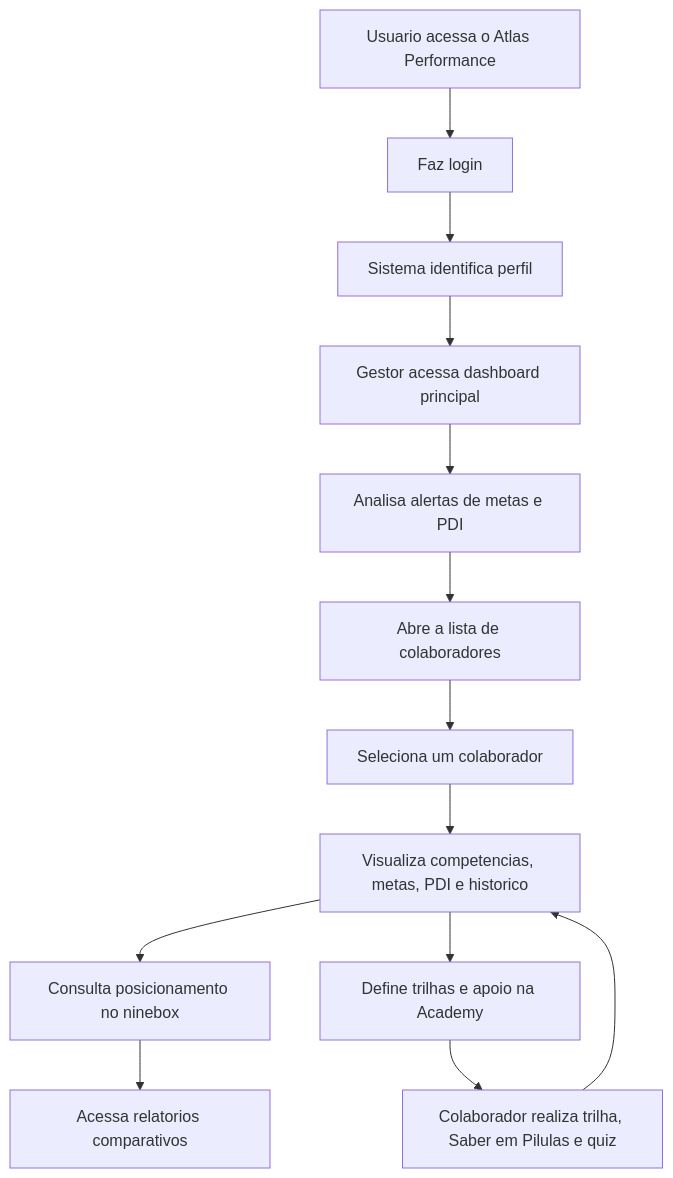
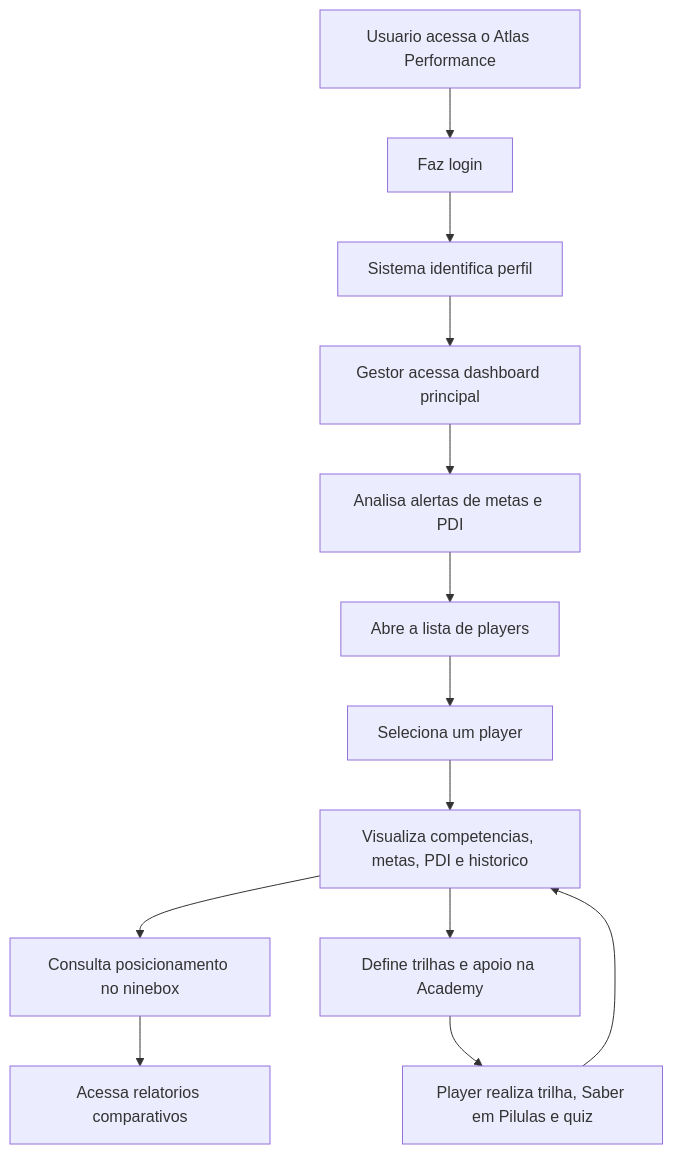
The diagram in .trae/documents/prd-atlas-performance.md (andrelssouza/gestao-desempenho), drawn with Mermaid before and after one commit. The commit also changed other lines of this file and 4 other files, not shown here.

````diff
--- a/.trae/documents/prd-atlas-performance.md
+++ b/.trae/documents/prd-atlas-performance.md
@@ -47,15 +47,15 @@
 ```mermaid
 flowchart TD
     A["Usuario acessa o Atlas Performance"] --> B["Faz login"]
     B --> C["Sistema identifica perfil"]
     C --> D["Gestor acessa dashboard principal"]
     D --> E["Analisa alertas de metas e PDI"]
-    E --> F["Abre a lista de colaboradores"]
-    F --> G["Seleciona um colaborador"]
+    E --> F["Abre a lista de players"]
+    F --> G["Seleciona um player"]
     G --> H["Visualiza competencias, metas, PDI e historico"]
     H --> I["Consulta posicionamento no ninebox"]
     I --> J["Acessa relatorios comparativos"]
     H --> K["Define trilhas e apoio na Academy"]
-    K --> L["Colaborador realiza trilha, Saber em Pilulas e quiz"]
+    K --> L["Player realiza trilha, Saber em Pilulas e quiz"]
     L --> H
 ```
````
